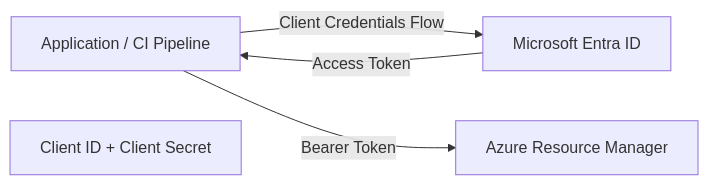
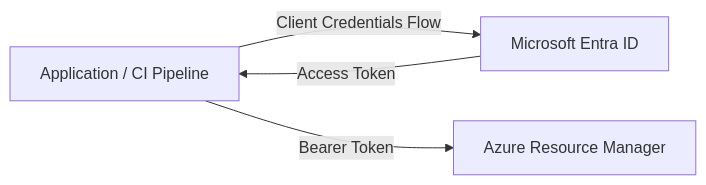
One commit to donaldcarol/azure-authentication-patterns changed the second of 4 diagrams in README.md. Above: the diagram before and after it, drawn with Mermaid. The commit also changed other lines of this file, not shown here.

````diff
--- a/README.md
+++ b/README.md
@@ -137,11 +124,10 @@
 ```mermaid
 flowchart LR
-    A[Application / CI Pipeline]
-    B[Client ID + Client Secret]
-    C[Microsoft Entra ID]
-    D[Azure Resource Manager]
+    A["Application / CI Pipeline"]
+    C["Microsoft Entra ID"]
+    D["Azure Resource Manager"]
 
     A -->|Client Credentials Flow| C
     C -->|Access Token| A
     A -->|Bearer Token| D
 ```
````
